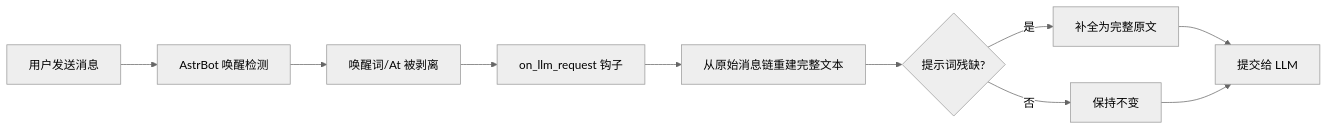
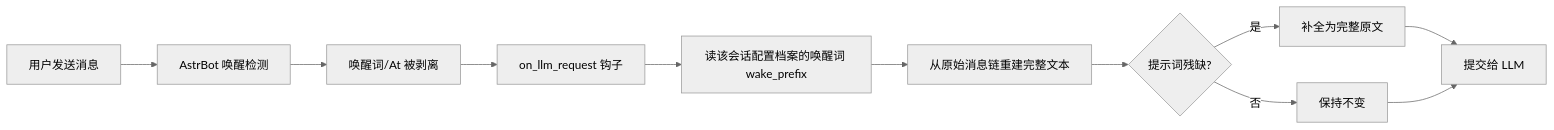
Before and after one commit to Fangnai-byte/astrbot_plugin_full_prompt: the diagram in README.md, drawn with Mermaid (neutral theme). The commit also changed other lines of this file and 6 other files, not shown here.

````diff
--- a/README.md
+++ b/README.md
@@ -34,12 +70,13 @@
 ```mermaid
 flowchart LR
     A[用户发送消息] --> B[AstrBot 唤醒检测]
     B --> C[唤醒词/At 被剥离]
     C --> D[on_llm_request 钩子]
-    D --> E[从原始消息链重建完整文本]
+    D --> D2[读该会话配置档案的唤醒词 wake_prefix]
+    D2 --> E[从原始消息链重建完整文本]
     E --> F{提示词残缺?}
     F -- 是 --> G[补全为完整原文]
     F -- 否 --> H[保持不变]
     G --> I[提交给 LLM]
     H --> I
 ```
````
